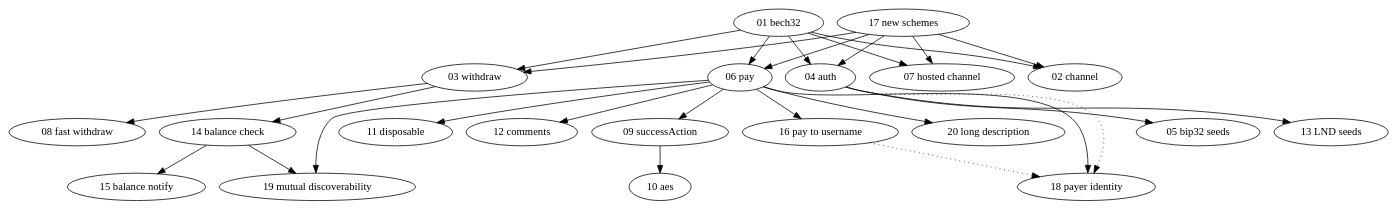
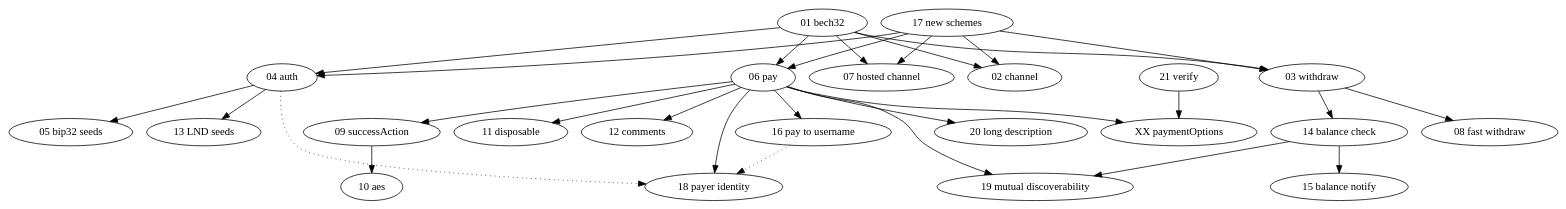
One commit to lnurl/luds changed the diagram in dependencies.dot. Above: the diagram before and after it, drawn with Graphviz. The commit also changed 3 other files, not shown here.

Commit message:
Add payment options for LNURL-pay

```diff
--- a/dependencies.dot
+++ b/dependencies.dot
@@ -1,35 +1,39 @@
 digraph {
   01[label="01 bech32"]
   02[label="02 channel"]
   03[label="03 withdraw"]
   04[label="04 auth"]
   05[label="05 bip32 seeds"]
   06[label="06 pay"]
   07[label="07 hosted channel"]
   08[label="08 fast withdraw"]
   09[label="09 successAction"]
   10[label="10 aes"]
   11[label="11 disposable"]
   12[label="12 comments"]
   13[label="13 LND seeds"]
   14[label="14 balance check"]
   15[label="15 balance notify"]
   16[label="16 pay to username"]
   17[label="17 new schemes"]
   18[label="18 payer identity"]
   19[label="19 mutual discoverability"]
   20[label="20 long description"]
+  21[label="21 verify"]
+  XX[label="XX paymentOptions"]
 
   { 01 17 } -> { 02 03 04 06 07 } // base protocols depend on URL format
   04 -> { 05 13 } // lnurl-auth seed generation methods
   03 -> 08 // fast withdraw
   03 -> 14 -> 15 // balanceCheck/balanceNotify
   06 -> 11 // disposable lnurl-pay
   06 -> 20 // long description
   06 -> 09 -> 10 // lnurl-pay successAction
   06 -> 12 // lnurl-pay comments
   06 -> 18 // lnurl-pay payer ids
   { 04 16 } -> 18 [style="dotted"] // loose relationship of payer id with lnurl-auth and lightning address
   06 -> 16 // paying to user@domain.com
+  06 -> XX // lnurl-pay payment options
+  21 -> XX // payment options verification
   { 06 14 } -> 19 // mutually discoverable pay and withdraw links
 }
```
